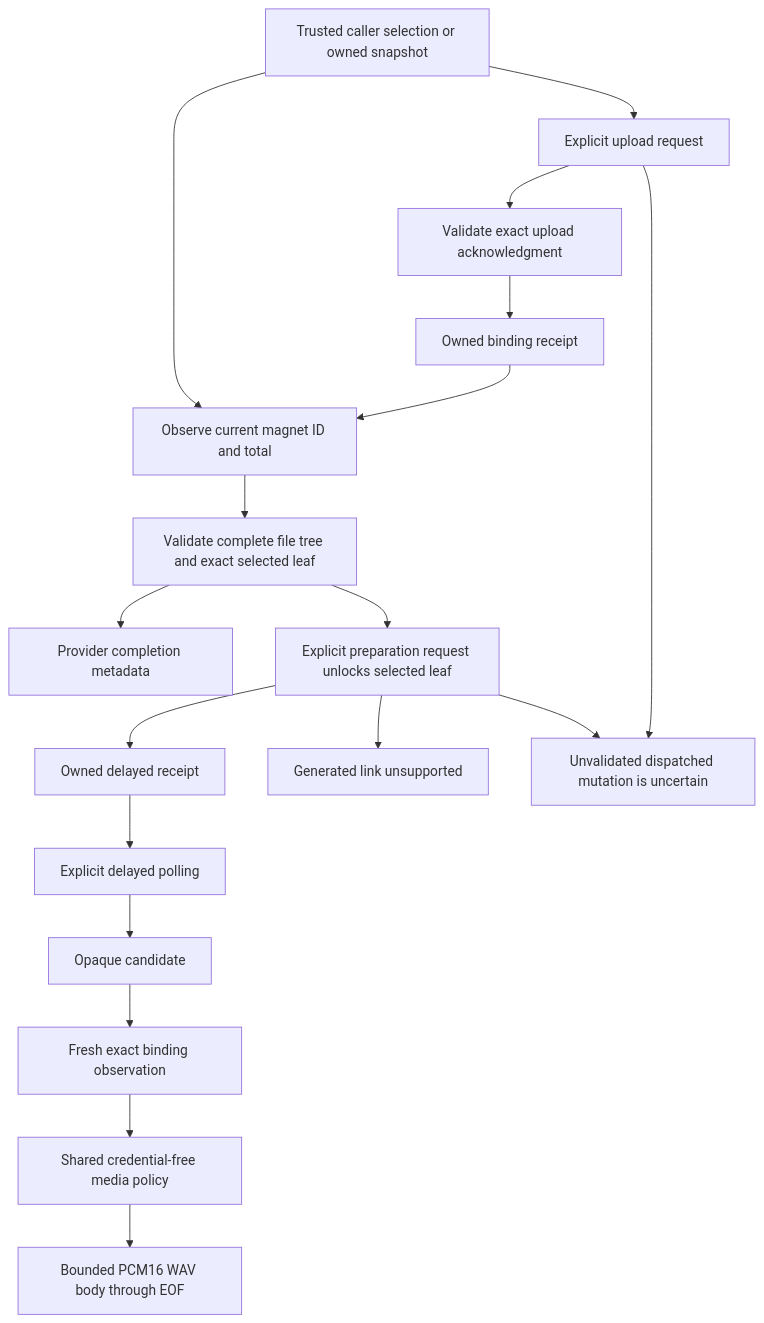
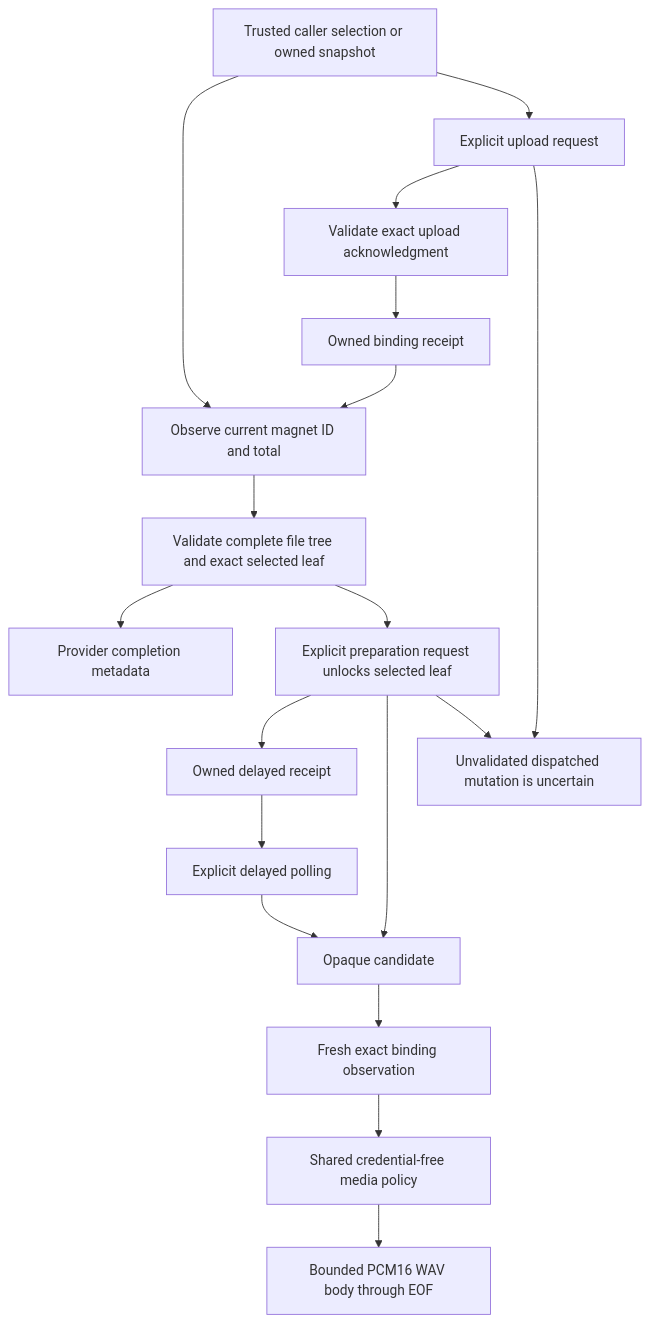
Before and after one commit to acidiney/hitoapp: the diagram in crates/hito-debrid-all-debrid/README.md, drawn with Mermaid. The commit also changed other lines of this file, not shown here.

````diff
--- a/crates/hito-debrid-all-debrid/README.md
+++ b/crates/hito-debrid-all-debrid/README.md
@@ -21,20 +21,20 @@
 ```mermaid
 flowchart TD
     Caller[Trusted caller selection or owned snapshot] --> Observe[Observe current magnet ID and total]
     Caller --> Upload[Explicit upload request]
     Upload --> ACK[Validate exact upload acknowledgment]
     ACK --> Receipt[Owned binding receipt]
     Receipt --> Observe
     Observe --> Tree[Validate complete file tree and exact selected leaf]
     Tree --> Complete[Provider completion metadata]
     Tree --> Unlock[Explicit preparation request unlocks selected leaf]
     Unlock --> Delayed[Owned delayed receipt]
-    Unlock --> Unsupported[Generated link unsupported]
+    Unlock --> Candidate[Opaque candidate]
     Upload --> Unknown[Unvalidated dispatched mutation is uncertain]
     Unlock --> Unknown
     Delayed --> Poll[Explicit delayed polling]
-    Poll --> Candidate[Opaque candidate]
+    Poll --> Candidate
     Candidate --> Reobserve[Fresh exact binding observation]
     Reobserve --> Media[Shared credential-free media policy]
     Media --> WAV[Bounded PCM16 WAV body through EOF]
 ```
````
